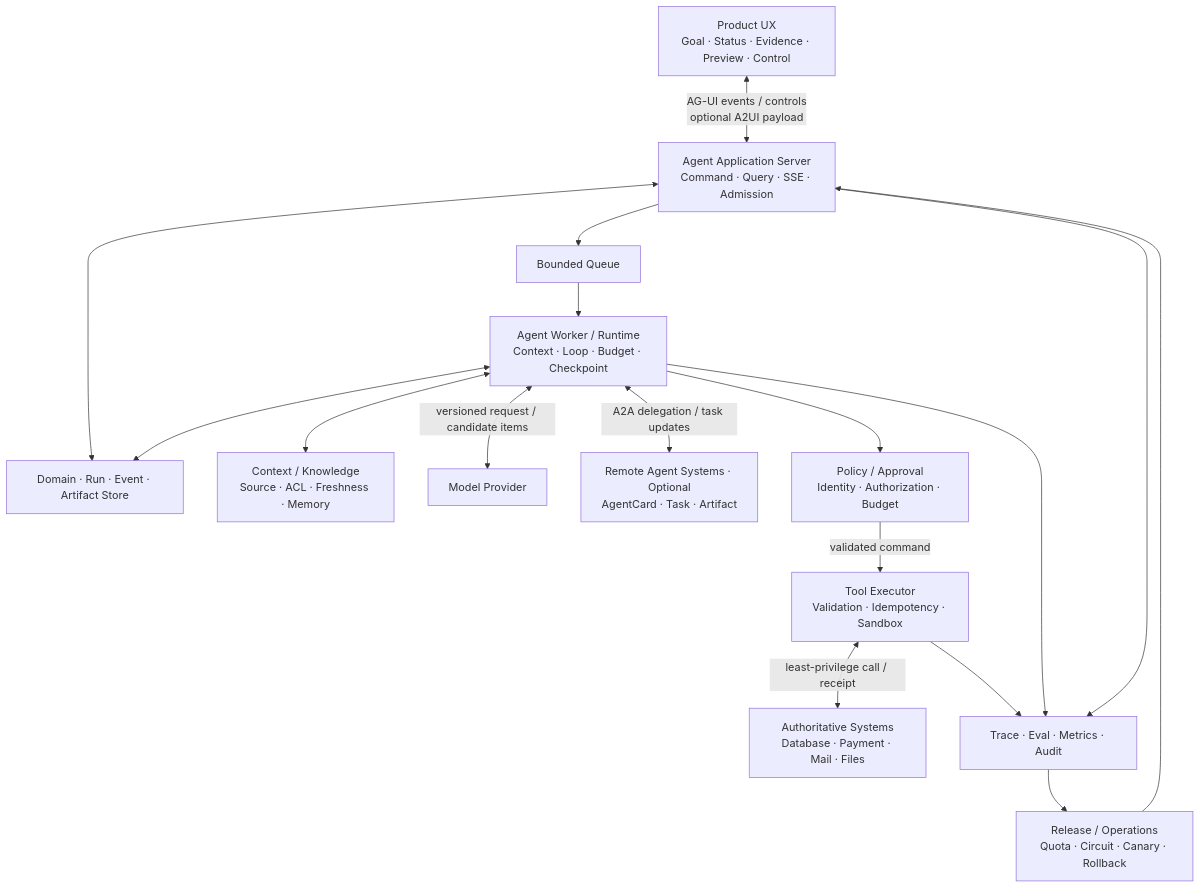
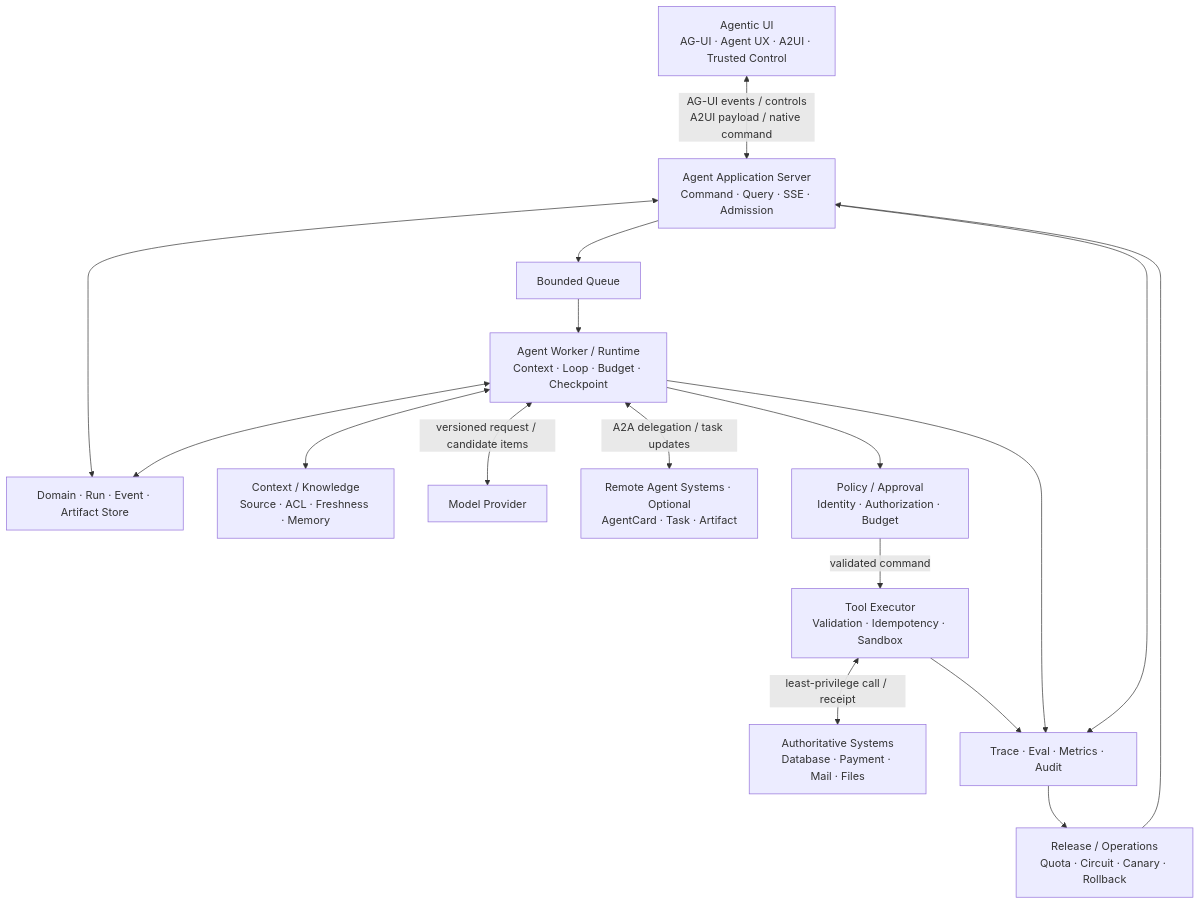
The diagram in site/11-综合实践与作品设计/01-综合系统心智模型.md (whatthehan/masterpiece-static-docs), drawn with Mermaid before and after one commit. The commit also changed other lines of this file and 165 other files, not shown here.

````diff
--- a/site/11-综合实践与作品设计/01-综合系统心智模型.md
+++ b/site/11-综合实践与作品设计/01-综合系统心智模型.md
@@ -9,32 +9,32 @@
 ```mermaid
 flowchart TD
-    UX["Product UX<br/>Goal · Status · Evidence · Preview · Control"]
+    UX["Agentic UI<br/>AG-UI · Agent UX · A2UI · Trusted Control"]
     APP["Agent Application Server<br/>Command · Query · SSE · Admission"]
     QUEUE["Bounded Queue"]
     RUNTIME["Agent Worker / Runtime<br/>Context · Loop · Budget · Checkpoint"]
     STORE["Domain · Run · Event · Artifact Store"]
     CTX["Context / Knowledge<br/>Source · ACL · Freshness · Memory"]
     MODEL["Model Provider"]
     REMOTE["Remote Agent Systems · Optional<br/>AgentCard · Task · Artifact"]
     POLICY["Policy / Approval<br/>Identity · Authorization · Budget"]
     EXEC["Tool Executor<br/>Validation · Idempotency · Sandbox"]
     SYS["Authoritative Systems<br/>Database · Payment · Mail · Files"]
     OBS["Trace · Eval · Metrics · Audit"]
     OPS["Release / Operations<br/>Quota · Circuit · Canary · Rollback"]
 
-    UX <--> |"AG-UI events / controls<br/>optional A2UI payload"| APP
+    UX <--> |"AG-UI events / controls<br/>A2UI payload / native command"| APP
     APP <--> STORE
     APP --> QUEUE --> RUNTIME
     RUNTIME <--> STORE
     RUNTIME <--> CTX
     RUNTIME <--> |"versioned request / candidate items"| MODEL
     RUNTIME <--> |"A2A delegation / task updates"| REMOTE
     RUNTIME --> POLICY
     POLICY --> |"validated command"| EXEC
     EXEC <--> |"least-privilege call / receipt"| SYS
     APP --> OBS
     RUNTIME --> OBS
     EXEC --> OBS
     OBS --> OPS
     OPS --> APP
 ```
````
